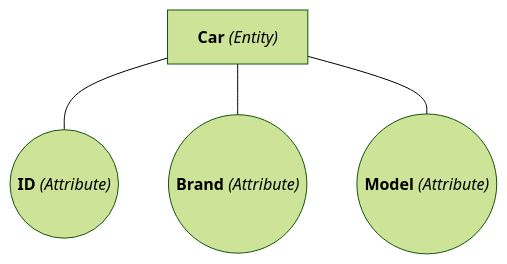
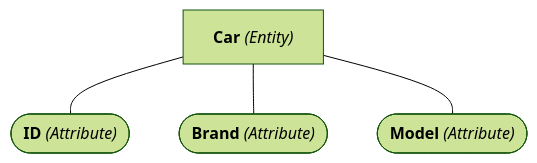
One commit to angelromarco04/MyNotes changed the diagram in Programming/Databases/data/Theory/ERModel.md. Above: the diagram before and after it, drawn with Mermaid (forest theme).

Commit message:
vault backup: 2024-03-17 18:08:45

````diff
--- a/Programming/Databases/data/Theory/ERModel.md
+++ b/Programming/Databases/data/Theory/ERModel.md
@@ -20,11 +20,11 @@
 ```mermaid
 flowchart TD
 	id1---id2
 	id1---id3
 	id1---id4
 
 	id1["`**Car** *(Entity)*`"]
-	id2(("`**ID** *(Attribute)*`"))
-	id3(("`**Brand** *(Attribute)*`"))
-	id4(("`**Model** *(Attribute)*`"))
+	id2(["`**ID** *(Attribute)*`"])
+	id3(["`**Brand** *(Attribute)*`"])
+	id4(["`**Model** *(Attribute)*`"])
 ```
````
